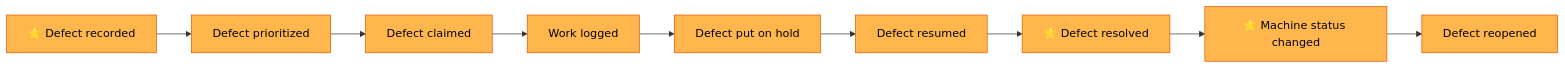
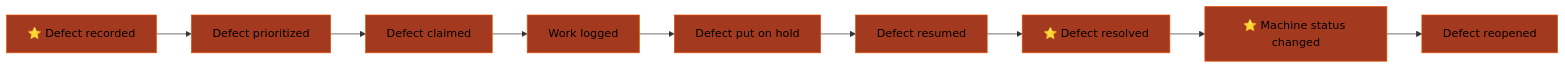
One commit to hemi1986/laguardia changed the third of 5 diagrams in docs/domain/event-storming.md. Above: the diagram before and after it, drawn with Mermaid. The commit also changed other lines of this file and 1 other file, not shown here.

First line of the commit message:
Event storming diagram: darker event and actor colors

````diff
--- a/docs/domain/event-storming.md
+++ b/docs/domain/event-storming.md
@@ -320,28 +320,28 @@
 ```mermaid
 flowchart LR
     EVT_DefectRecorded["⭐ Defect recorded"]:::evt
     EVT_DefectPrioritized["Defect prioritized"]:::evt
     EVT_DefectClaimed["Defect claimed"]:::evt
     EVT_WorkLogged["Work logged"]:::evt
     EVT_DefectPutOnHold["Defect put on hold"]:::evt
     EVT_DefectResumed["Defect resumed"]:::evt
     EVT_DefectResolved["⭐ Defect resolved"]:::evt
     EVT_MachineStatusChanged["⭐ Machine status changed"]:::evt
     EVT_DefectReopened["Defect reopened"]:::evt
     EVT_DefectRecorded --> EVT_DefectPrioritized
     EVT_DefectPrioritized --> EVT_DefectClaimed
     EVT_DefectClaimed --> EVT_WorkLogged
     EVT_WorkLogged --> EVT_DefectPutOnHold
     EVT_DefectPutOnHold --> EVT_DefectResumed
     EVT_DefectResumed --> EVT_DefectResolved
     EVT_DefectResolved --> EVT_MachineStatusChanged
     EVT_MachineStatusChanged --> EVT_DefectReopened
-    classDef evt fill:#ffb74d,stroke:#e65100,color:#000
+    classDef evt fill:#a3391f,stroke:#e65100,color:#000
     classDef cmd fill:#64b5f6,stroke:#0d47a1,color:#000
     classDef pol fill:#ce93d8,stroke:#4a148c,color:#000
     classDef rm fill:#81c784,stroke:#1b5e20,color:#000
-    classDef act fill:#fff176,stroke:#f57f17,color:#000
+    classDef act fill:#a3751f,stroke:#f57f17,color:#000
     classDef ext fill:#f48fb1,stroke:#880e4f,color:#000
     classDef agg fill:#ffe082,stroke:#ff6f00,color:#000
     classDef hs fill:#e57373,stroke:#b71c1c,color:#fff
 ```
````
